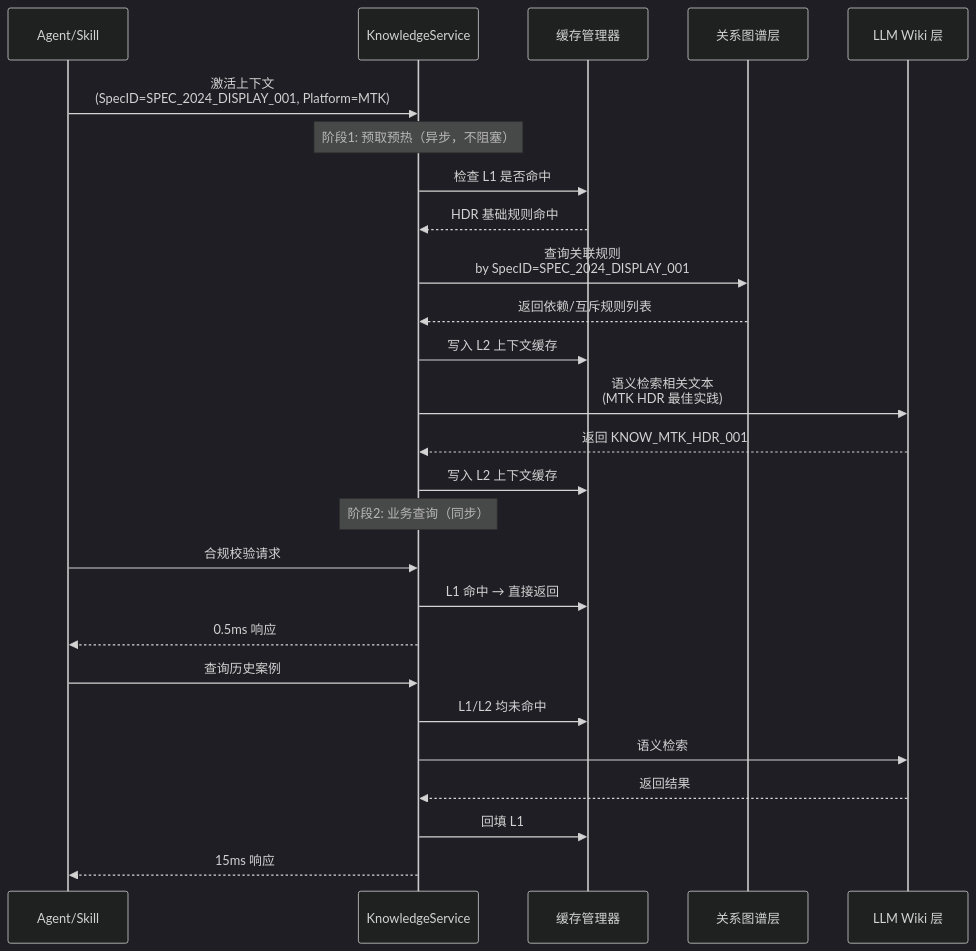
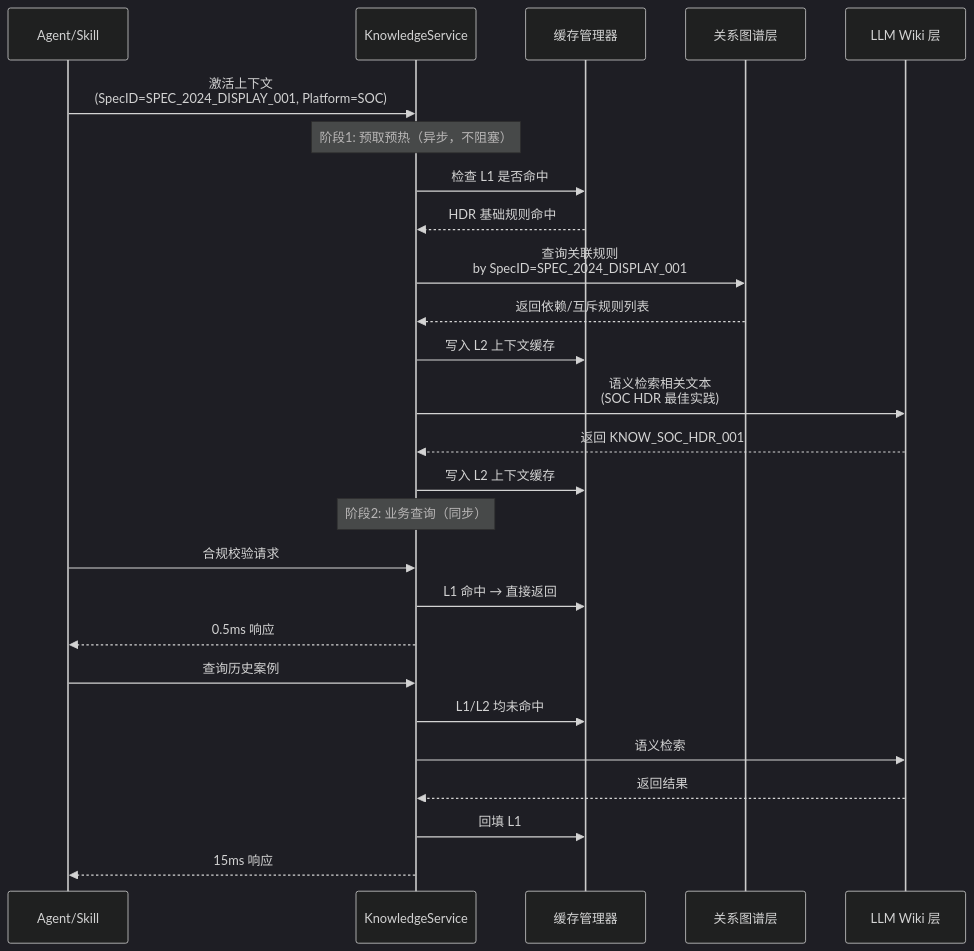
One commit to liuzidong123/harness-adk changed the eighth of 28 diagrams in feature_spec_knowledge.md. Above: the diagram before and after it, drawn with Mermaid (dark theme). The commit also changed other lines of this file, not shown here.

````diff
--- a/feature_spec_knowledge.md
+++ b/feature_spec_knowledge.md
@@ -473,34 +473,34 @@
 ```mermaid
 sequenceDiagram
     participant App as Agent/Skill
     participant KS as KnowledgeService
     participant Cache as 缓存管理器
     participant Graph as 关系图谱层
     participant Wiki as LLM Wiki 层
 
-    App->>KS: 激活上下文<br/>(SpecID=SPEC_2024_DISPLAY_001, Platform=MTK)
+    App->>KS: 激活上下文<br/>(SpecID=SPEC_2024_DISPLAY_001, Platform=SOC)
 
     Note over KS: 阶段1: 预取预热（异步，不阻塞）
     KS->>Cache: 检查 L1 是否命中
     Cache-->>KS: HDR 基础规则命中
 
     KS->>Graph: 查询关联规则<br/>by SpecID=SPEC_2024_DISPLAY_001
     Graph-->>KS: 返回依赖/互斥规则列表
     KS->>Cache: 写入 L2 上下文缓存
 
-    KS->>Wiki: 语义检索相关文本<br/>(MTK HDR 最佳实践)
-    Wiki-->>KS: 返回 KNOW_MTK_HDR_001
+    KS->>Wiki: 语义检索相关文本<br/>(SOC HDR 最佳实践)
+    Wiki-->>KS: 返回 KNOW_SOC_HDR_001
     KS->>Cache: 写入 L2 上下文缓存
 
     Note over KS: 阶段2: 业务查询（同步）
     App->>KS: 合规校验请求
     KS->>Cache: L1 命中 → 直接返回
     KS-->>App: 0.5ms 响应
 
     App->>KS: 查询历史案例
     KS->>Cache: L1/L2 均未命中
     KS->>Wiki: 语义检索
     Wiki-->>KS: 返回结果
     KS->>Cache: 回填 L1
     KS-->>App: 15ms 响应
 ```
````
